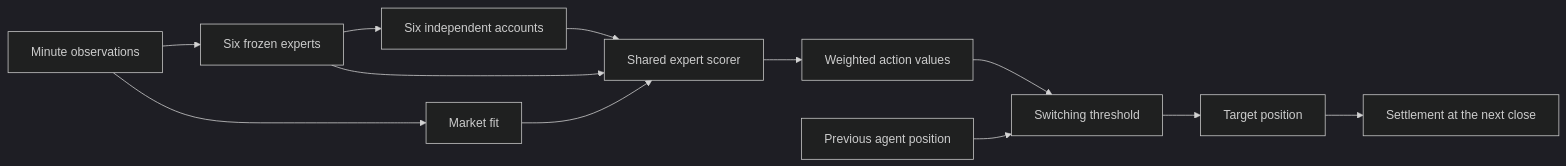
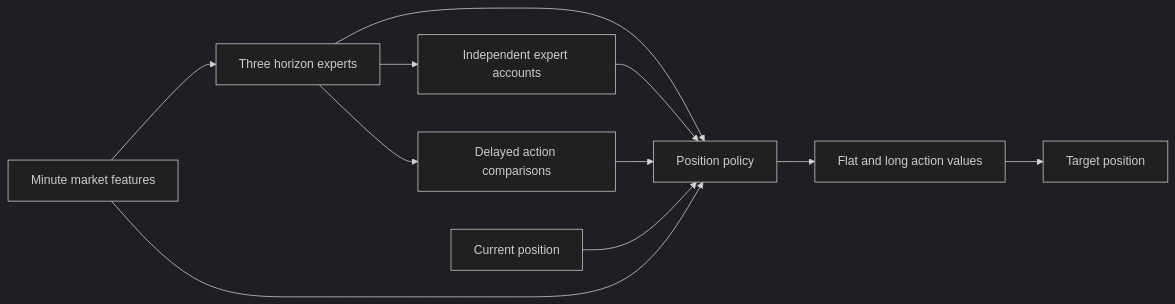
One commit to Yamila56/eth-expert-routing changed the diagram in README.md. Above: the diagram before and after it, drawn with Mermaid (dark theme). The commit also changed other lines of this file and 5 other files, not shown here.

Commit message:
Train horizon experts and route using settled trade outcomes

````diff
--- a/README.md
+++ b/README.md
@@ -14,14 +9,13 @@
 ```mermaid
 flowchart LR
-    M[Minute observations] --> X[Six frozen experts]
-    X --> L[Six independent accounts]
-    M --> F[Market fit]
-    L --> R[Shared expert scorer]
-    F --> R
-    X --> R
-    R --> Q[Weighted action values]
-    Q --> G[Switching threshold]
-    P[Previous agent position] --> G
-    G --> A[Target position]
-    A --> S[Settlement at the next close]
+    M[Minute market features] --> X[Three horizon experts]
+    X --> A[Independent expert accounts]
+    X --> E[Delayed action comparisons]
+    X --> P[Position policy]
+    A --> P
+    E --> P
+    S[Current position] --> P
+    M --> P
+    P --> V[Flat and long action values]
+    V --> T[Target position]
 ```
````
